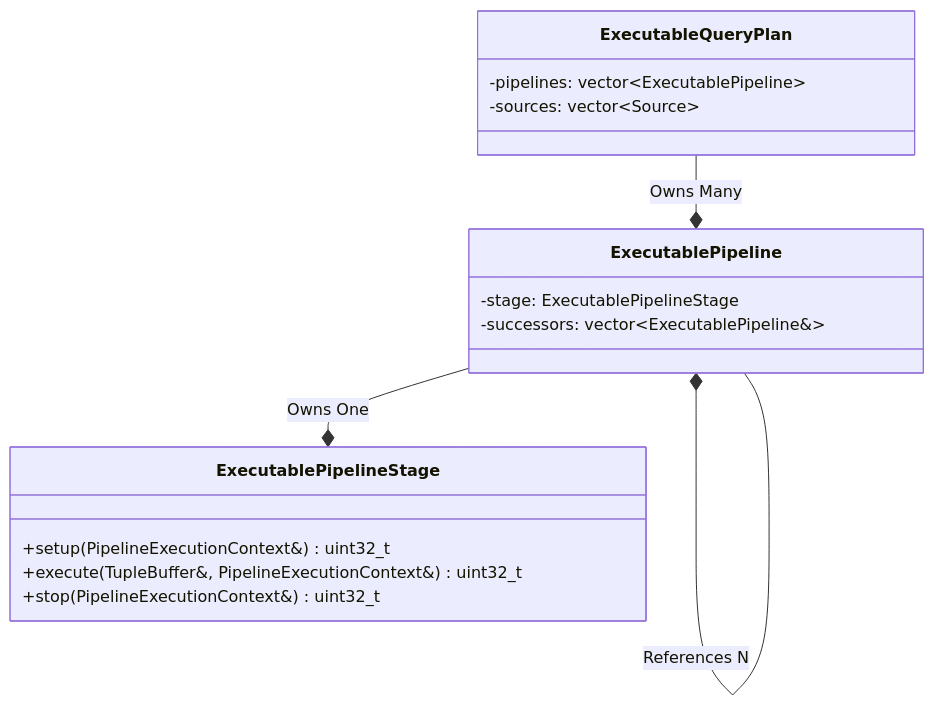
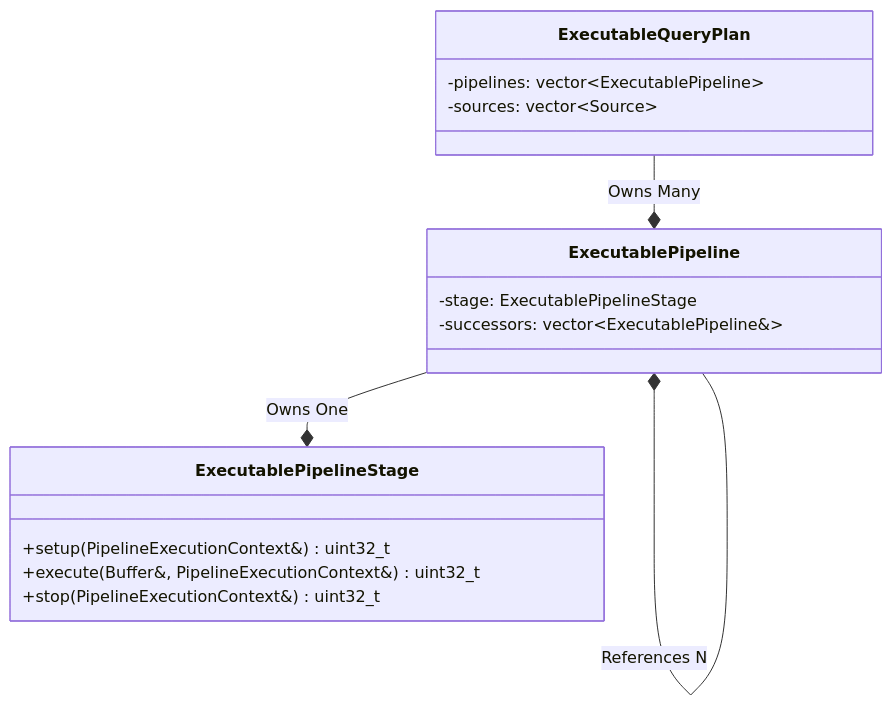
The first of 11 diagrams in docs/design/20240927_QueryManager.md (nebulastream/nebulastream), drawn with Mermaid before and after one commit. The commit also changed other lines of this file and 122 other files, not shown here.

````diff
--- a/docs/design/20240927_QueryManager.md
+++ b/docs/design/20240927_QueryManager.md
@@ -76,22 +76,22 @@
 ```mermaid
 classDiagram
     class ExecutablePipelineStage {
         +setup(PipelineExecutionContext&) uint32_t
-        +execute(TupleBuffer&, PipelineExecutionContext&) uint32_t
+        +execute(Buffer&, PipelineExecutionContext&) uint32_t
         +stop(PipelineExecutionContext&) uint32_t
     }
 
     ExecutableQueryPlan --* ExecutablePipeline: Owns Many
     ExecutablePipeline --* ExecutablePipelineStage: Owns One
     ExecutablePipeline *-- ExecutablePipeline: References N
 
     class ExecutablePipeline {
         -stage: ExecutablePipelineStage
         -successors: vector~ExecutablePipeline&~
     }
 
     class ExecutableQueryPlan {
         -pipelines: vector~ExecutablePipeline~
         -sources: vector~Source~
     }
 ```
````
